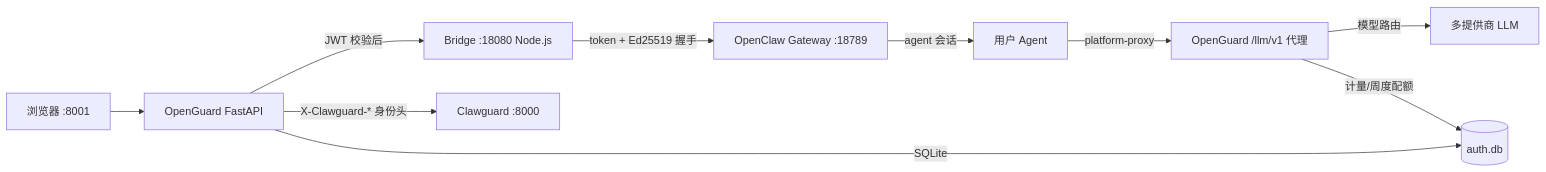
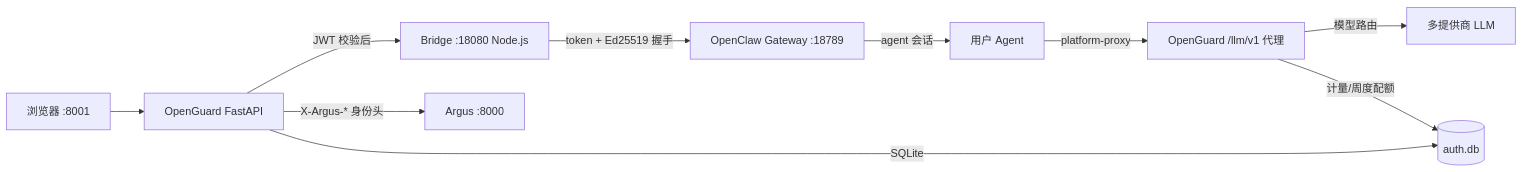
One commit to FerryOTTO/Argus changed the diagram in terminal/openguard/original/README.md. Above: the diagram before and after it, drawn with Mermaid. The commit also changed other lines of this file and 418 other files, not shown here.

````diff
--- a/terminal/openguard/original/README.md
+++ b/terminal/openguard/original/README.md
@@ -42,12 +42,12 @@
 ```mermaid
 flowchart LR
     U[浏览器 :8001] --> G[OpenGuard FastAPI]
     G -->|JWT 校验后| B[Bridge :18080 Node.js]
     B -->|token + Ed25519 握手| O[OpenClaw Gateway :18789]
     O -->|agent 会话| A[用户 Agent]
     A -->|platform-proxy| P[OpenGuard /llm/v1 代理]
     P -->|模型路由| R[多提供商 LLM]
-    G -->|X-Clawguard-* 身份头| C[Clawguard :8000]
+    G -->|X-Argus-* 身份头| C[Argus :8000]
     G -->|SQLite| D[(auth.db)]
     P -->|计量/周度配额| D
 ```
````
